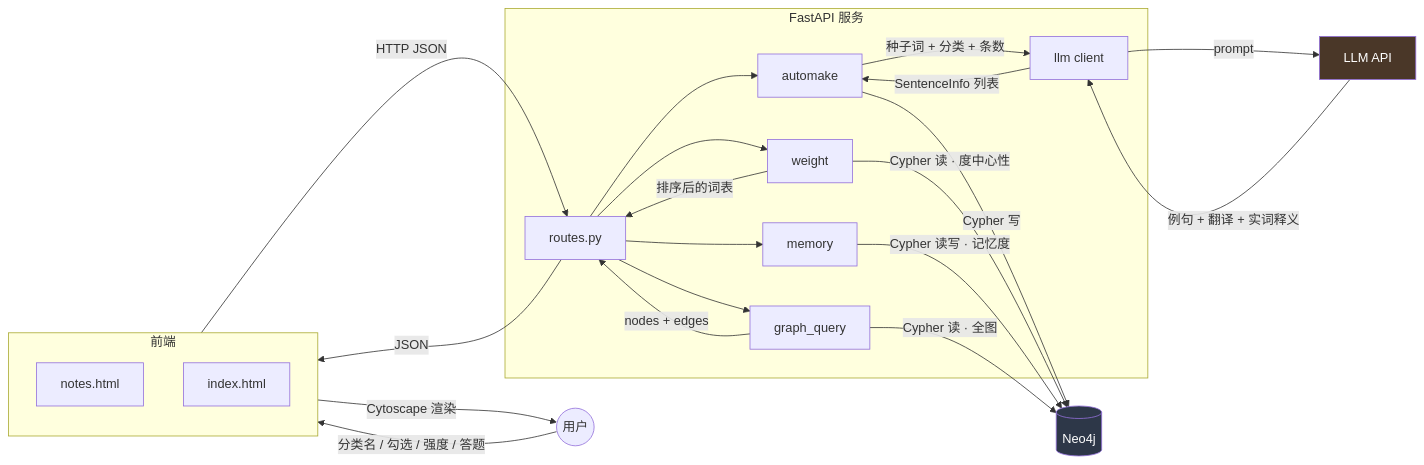
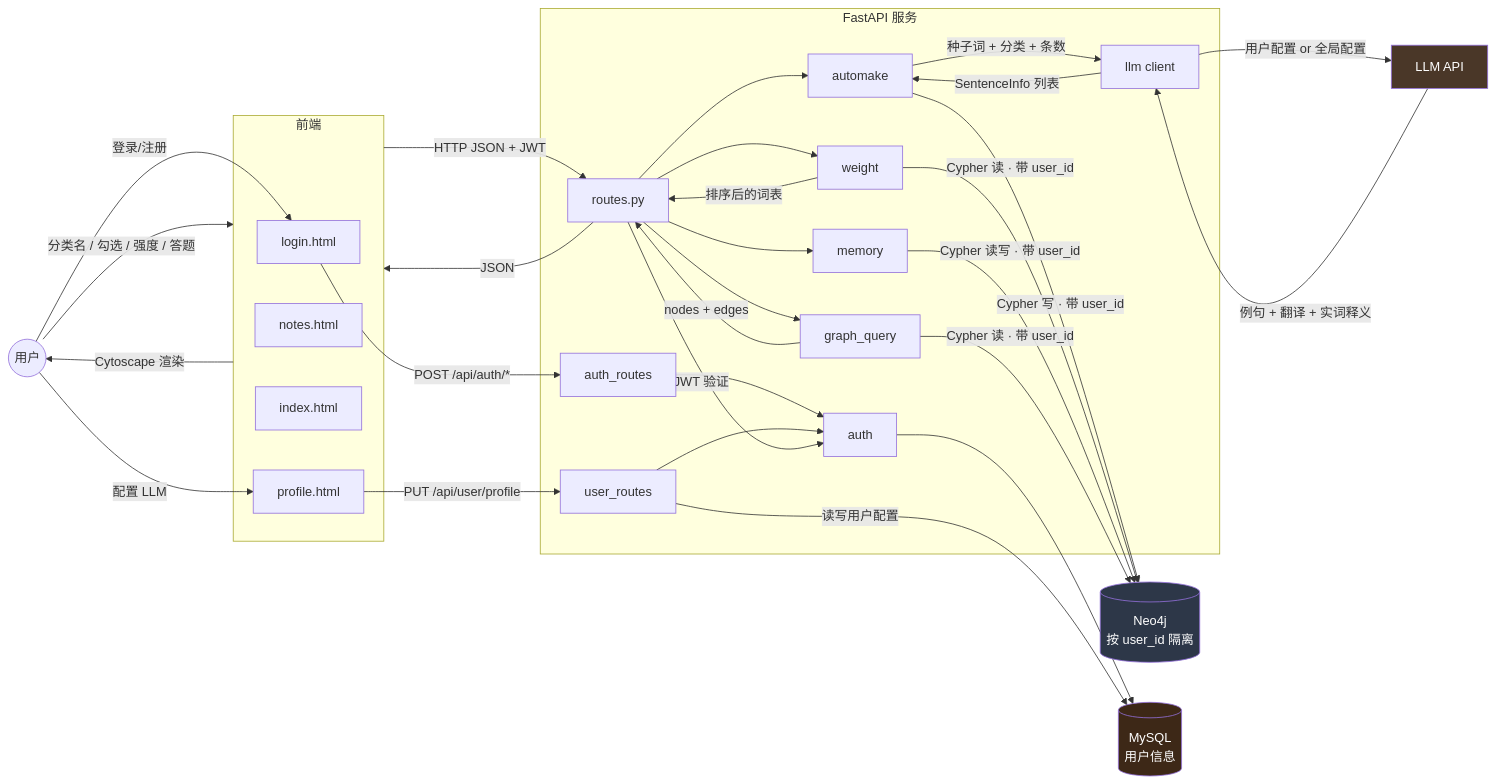
One commit to oraclewhere/graph_memory changed the first of 10 diagrams in docs/DATAFLOW.md. Above: the diagram before and after it, drawn with Mermaid. The commit also changed other lines of this file and 3 other files, not shown here.

````diff
--- a/docs/DATAFLOW.md
+++ b/docs/DATAFLOW.md
@@ -10,47 +10,64 @@
 ```mermaid
 flowchart LR
     U(("用户"))
 
     subgraph FE["前端"]
+        LH["login.html"]
         NH["notes.html"]
         IH["index.html"]
+        PH["profile.html"]
     end
 
     subgraph BE["FastAPI 服务"]
+        AR["auth_routes"]
+        UR["user_routes"]
         R["routes.py"]
         AM["automake"]
         WT["weight"]
         MEM["memory"]
         GQ["graph_query"]
         LC["llm client"]
+        AUTH["auth"]
     end
 
     LLM["LLM API"]
-    NEO[("Neo4j")]
+    NEO[("Neo4j<br/>按 user_id 隔离")]
+    MY[("MySQL<br/>用户信息")]
 
+    U -->|"登录/注册"| LH
     U -->|"分类名 / 勾选 / 强度 / 答题"| FE
-    FE -->|"HTTP JSON"| R
+    U -->|"配置 LLM"| PH
+    FE -->|"HTTP JSON + JWT"| R
+    LH -->|"POST /api/auth/*"| AR
+    PH -->|"PUT /api/user/profile"| UR
+
+    AR --> AUTH
+    UR --> AUTH
+    R -->|"JWT 验证"| AUTH
+    AUTH --> MY
 
     R --> AM
     R --> WT
     R --> MEM
     R --> GQ
 
     AM -->|"种子词 + 分类 + 条数"| LC
-    LC -->|"prompt"| LLM
+    LC -->|"用户配置 or 全局配置"| LLM
     LLM -->|"例句 + 翻译 + 实词释义"| LC
     LC -->|"SentenceInfo 列表"| AM
 
-    AM -->|"Cypher 写"| NEO
-    WT -->|"Cypher 读 · 度中心性"| NEO
-    MEM -->|"Cypher 读写 · 记忆度"| NEO
-    GQ -->|"Cypher 读 · 全图"| NEO
+    AM -->|"Cypher 写 · 带 user_id"| NEO
+    WT -->|"Cypher 读 · 带 user_id"| NEO
+    MEM -->|"Cypher 读写 · 带 user_id"| NEO
+    GQ -->|"Cypher 读 · 带 user_id"| NEO
+    UR -->|"读写用户配置"| MY
 
     GQ -->|"nodes + edges"| R
     WT -->|"排序后的词表"| R
     R -->|"JSON"| FE
     FE -->|"Cytoscape 渲染"| U
 
     style NEO fill:#2d3748,color:#fff
+    style MY fill:#3d2817,color:#fff
     style LLM fill:#4a3728,color:#fff
 ```
````
